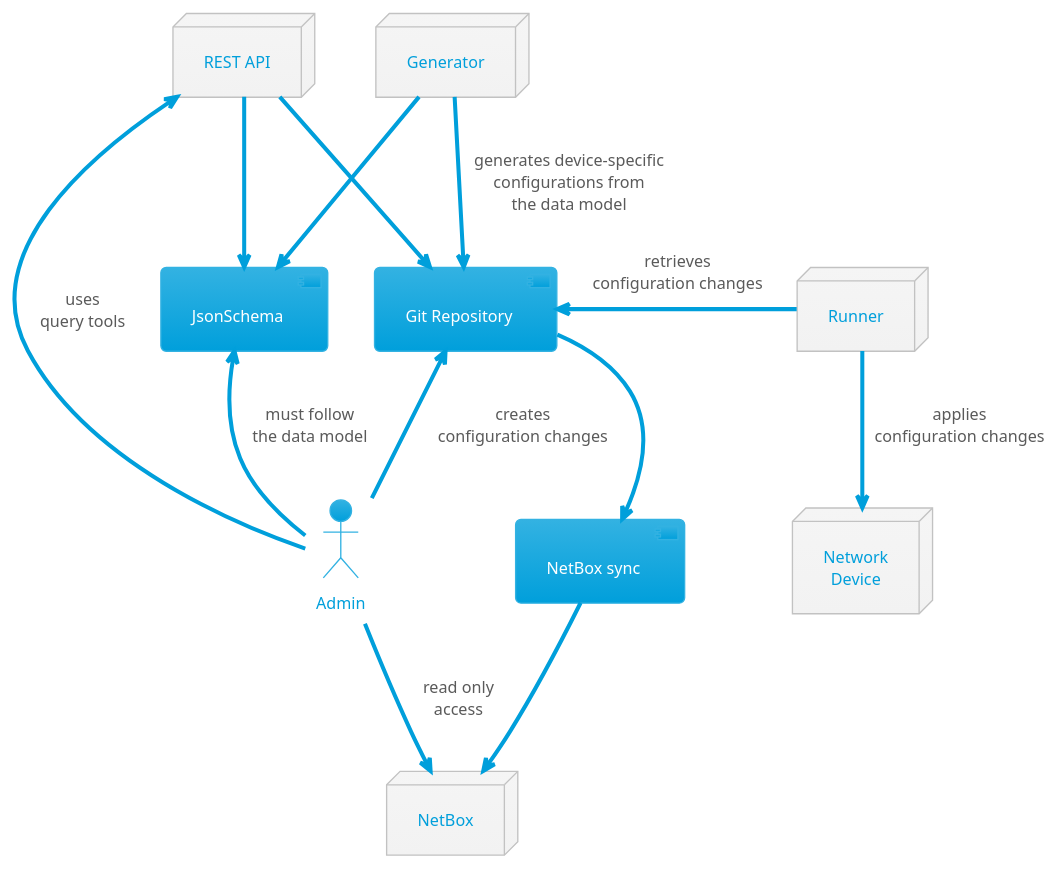
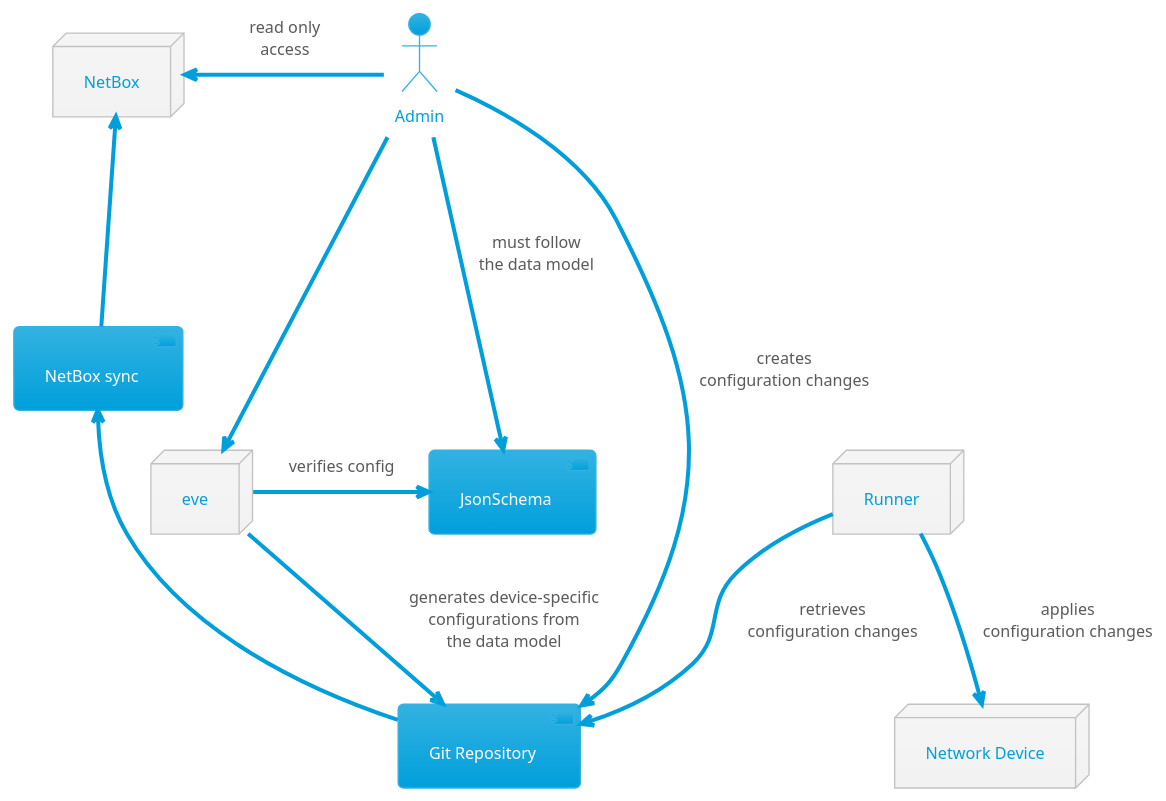
Before and after one commit to rwxd/netauto-git-sot: the diagram in docs/structure.puml, drawn with PlantUML. The commit also changed 48 other files, not shown here.

```diff
--- a/docs/structure.puml
+++ b/docs/structure.puml
@@ -1,33 +1,35 @@
 @startuml name Git as Source of Truth
 
 !theme bluegray
 skinparam DefaultTextAlignment center
 skinparam BackgroundColor White
 skinparam Dpi 100
 
-node RESTAPI as "REST API"
+' node RESTAPI as "REST API"
 component Syncer as "NetBox sync"
 node NetBox
 ' node Topology as "Topology\nMaker"
-node Generator
+node eve
 component Repository as "Git Repository"
 node Runner
-node NetworkDevice as "Network\nDevice"
+node NetworkDevice as "Network Device"
 component JsonSchema
 actor Admin
 
-Generator -down-> JsonSchema
-Generator -down-> Repository: generates device-specific\nconfigurations from\nthe data model
-RESTAPI --> JsonSchema
-RESTAPI -right-> Repository
-Repository -down-> Syncer
-Syncer -down-> NetBox
+
+' RESTAPI --> JsonSchema
+' RESTAPI -right-> Repository
+Repository -up-> Syncer
+Syncer -up-> NetBox
 ' Topology -up-> RESTAPI
 ' Admin -right-> Topology: views\ntopology diagrams
-Admin -up-> JsonSchema: must follow\nthe data model
-Admin -up-> Repository: creates\nconfiguration changes
-Admin -up-> RESTAPI: uses\nquery tools
-Admin -right-> NetBox: read only\naccess
-Runner -right-> Repository: retrieves\nconfiguration changes
+eve -down-> Repository: generates device-specific\nconfigurations from\nthe data model
+eve -right-> JsonSchema: verifies config
+Admin -down--> eve
+Admin -down-> JsonSchema: must follow\nthe data model
+Admin -down-> Repository: creates\nconfiguration changes
+' Admin -down-> RESTAPI: uses\nquery tools
+Admin -left-> NetBox: read only\naccess
+Runner -down-> Repository: retrieves\nconfiguration changes
 Runner -down-> NetworkDevice: applies\nconfiguration changes
 @enduml
```
